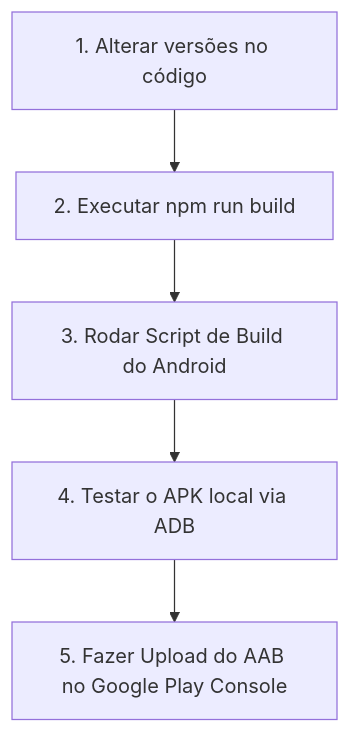
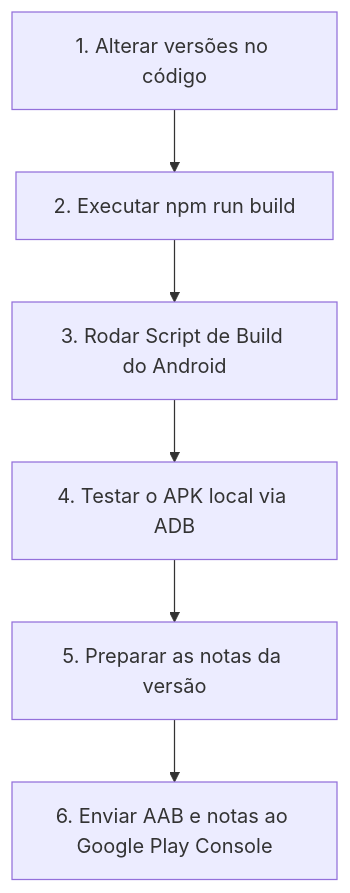
One commit to studio4x/evolucao-clinica changed the diagram in PLAY_STORE_RUNBOOK.md. Above: the diagram before and after it, drawn with Mermaid. The commit also changed other lines of this file and 1 other file, not shown here.

Commit message:
docs: require Play release notes format

````diff
--- a/PLAY_STORE_RUNBOOK.md
+++ b/PLAY_STORE_RUNBOOK.md
@@ -11,7 +11,8 @@
 ```mermaid
 graph TD
     A[1. Alterar versões no código] --> B[2. Executar npm run build]
     B --> C[3. Rodar Script de Build do Android]
     C --> D[4. Testar o APK local via ADB]
-    D --> E[5. Fazer Upload do AAB no Google Play Console]
+    D --> E[5. Preparar as notas da versão]
+    E --> F[6. Enviar AAB e notas ao Google Play Console]
 ```
````
